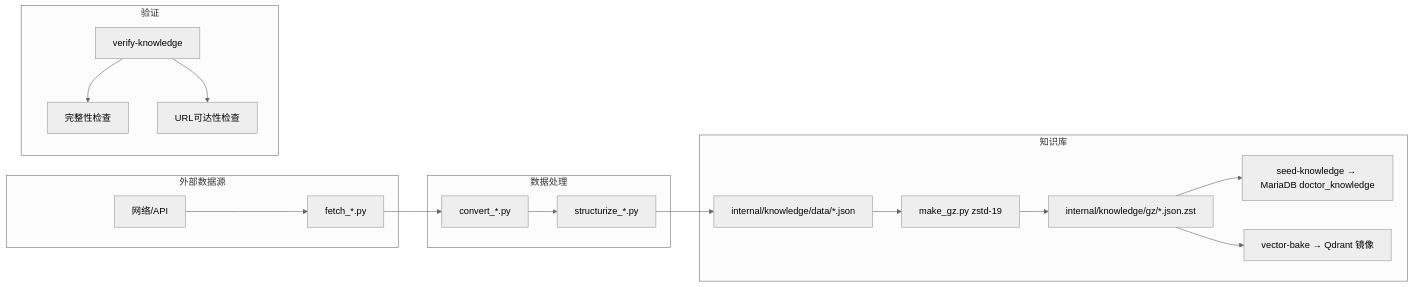
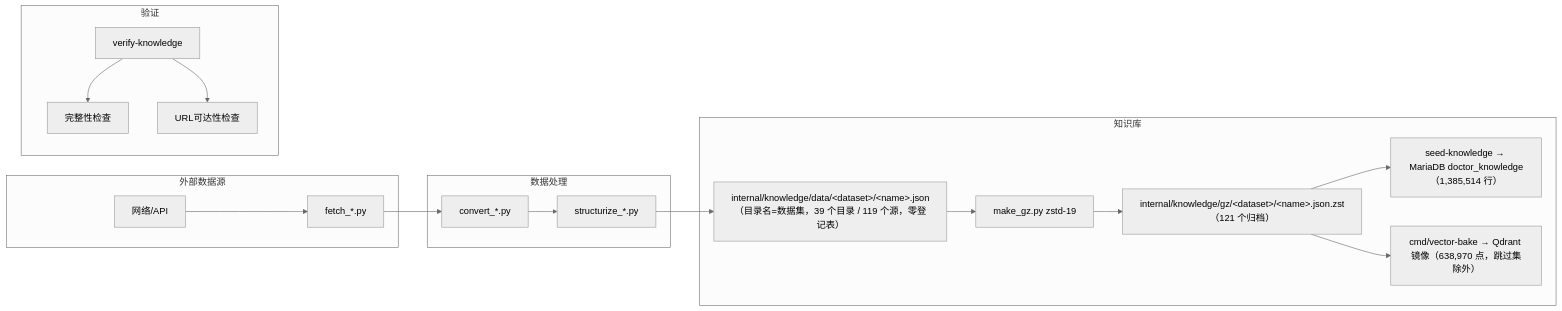
One commit to deep2code/doctor-agent changed the sixth of 7 diagrams in docs/architecture.md. Above: the diagram before and after it, drawn with Mermaid (neutral theme). The commit also changed other lines of this file and 22 other files, not shown here.

````diff
--- a/docs/architecture.md
+++ b/docs/architecture.md
@@ -248,24 +255,24 @@
 ```mermaid
 graph LR
     subgraph "外部数据源"
         A[网络/API] --> B[fetch_*.py]
     end
 
     subgraph "数据处理"
         B --> C[convert_*.py]
         C --> D[structurize_*.py]
     end
 
     subgraph "知识库"
-        D --> E[internal/knowledge/data/*.json]
+        D --> E["internal/knowledge/data/&lt;dataset&gt;/&lt;name&gt;.json<br/>（目录名=数据集，39 个目录 / 119 个源，零登记表）"]
         E --> F[make_gz.py zstd-19]
-        F --> G[internal/knowledge/gz/*.json.zst]
-        G --> H1[seed-knowledge → MariaDB doctor_knowledge]
-        G --> H2[vector-bake → Qdrant 镜像]
+        F --> G["internal/knowledge/gz/&lt;dataset&gt;/&lt;name&gt;.json.zst<br/>（121 个归档）"]
+        G --> H1["seed-knowledge → MariaDB doctor_knowledge（1,385,514 行）"]
+        G --> H2["cmd/vector-bake → Qdrant 镜像（638,970 点，跳过集除外）"]
     end
 
     subgraph "验证"
         I[verify-knowledge] --> J[完整性检查]
         I --> K[URL可达性检查]
     end
 ```
````
